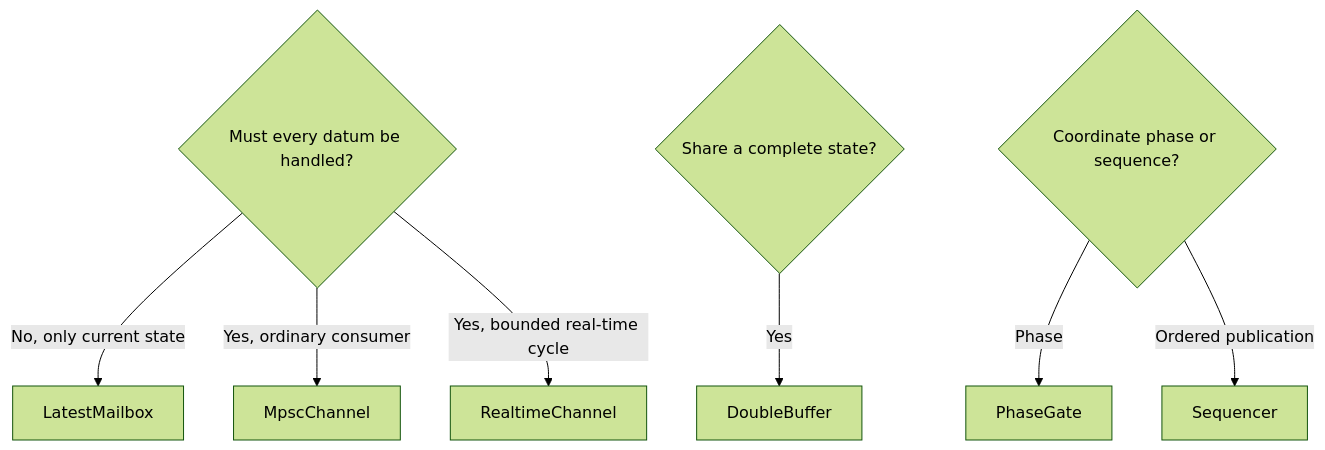
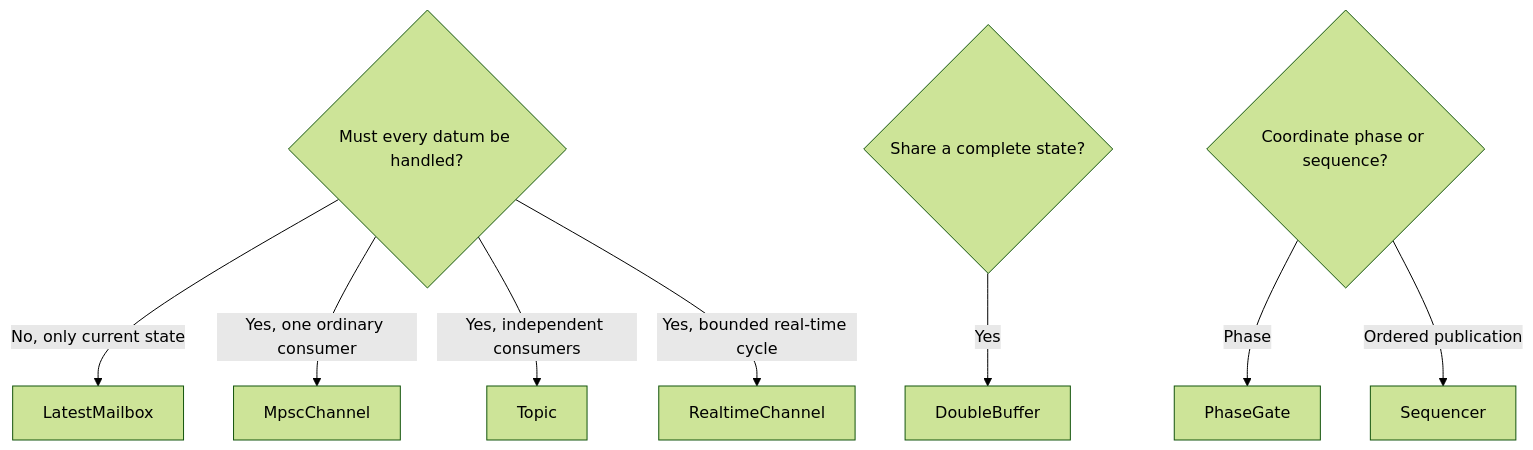
One commit to Linductor-alkaid/executor changed the diagram in website/en/guides/choosing-communication.md. Above: the diagram before and after it, drawn with Mermaid (forest theme). The commit also changed other lines of this file and 21 other files, not shown here.

````diff
--- a/website/en/guides/choosing-communication.md
+++ b/website/en/guides/choosing-communication.md
@@ -20,12 +21,13 @@
 ```mermaid
 flowchart TD
     A{Must every datum be handled?}
     A -- No, only current state --> B[LatestMailbox]
-    A -- Yes, ordinary consumer --> C[MpscChannel]
+    A -- Yes, one ordinary consumer --> C[MpscChannel]
+    A -- Yes, independent consumers --> T[Topic]
     A -- Yes, bounded real-time cycle --> D[RealtimeChannel]
     E{Share a complete state?}
     E -- Yes --> F[DoubleBuffer]
     G{Coordinate phase or sequence?}
     G -- Phase --> H[PhaseGate]
     G -- Ordered publication --> I[Sequencer]
 ```
````
